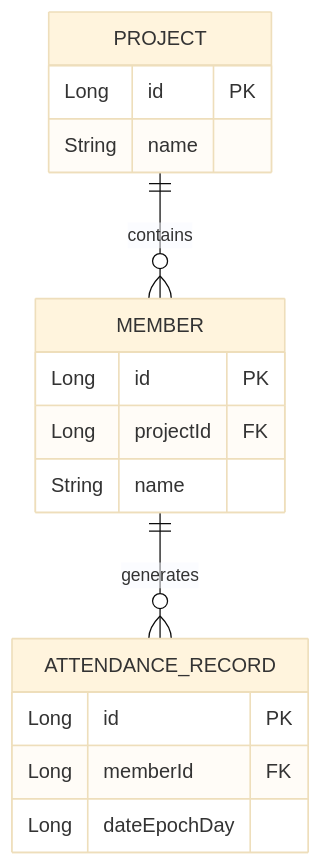
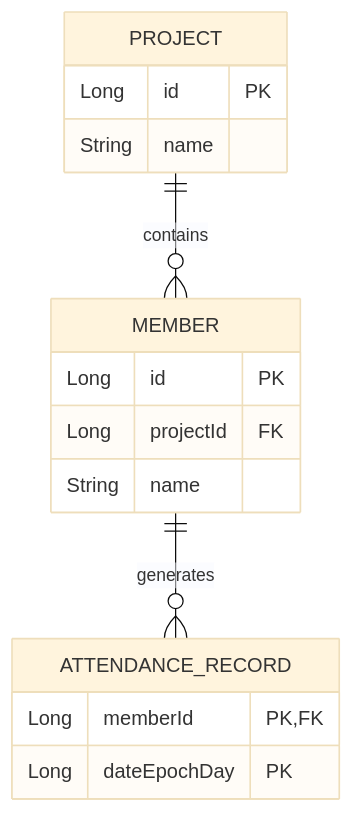
One commit to kunald3bnath-spec/attendance-tracker changed the third of 3 diagrams in README.md. Above: the diagram before and after it, drawn with Mermaid (base theme). The commit also changed other lines of this file and 5 other files, not shown here.

````diff
--- a/README.md
+++ b/README.md
@@ -93,22 +93,21 @@
 ```mermaid
 erDiagram
     PROJECT {
         Long   id   PK
         String name
     }
 
     MEMBER {
         Long   id        PK
         Long   projectId FK
         String name
     }
 
     ATTENDANCE_RECORD {
-        Long id           PK
-        Long memberId     FK
-        Long dateEpochDay
+        Long memberId     PK, FK
+        Long dateEpochDay PK
     }
 
     PROJECT    ||--o{ MEMBER            : "contains"
     MEMBER     ||--o{ ATTENDANCE_RECORD : "generates"
 ```
````
